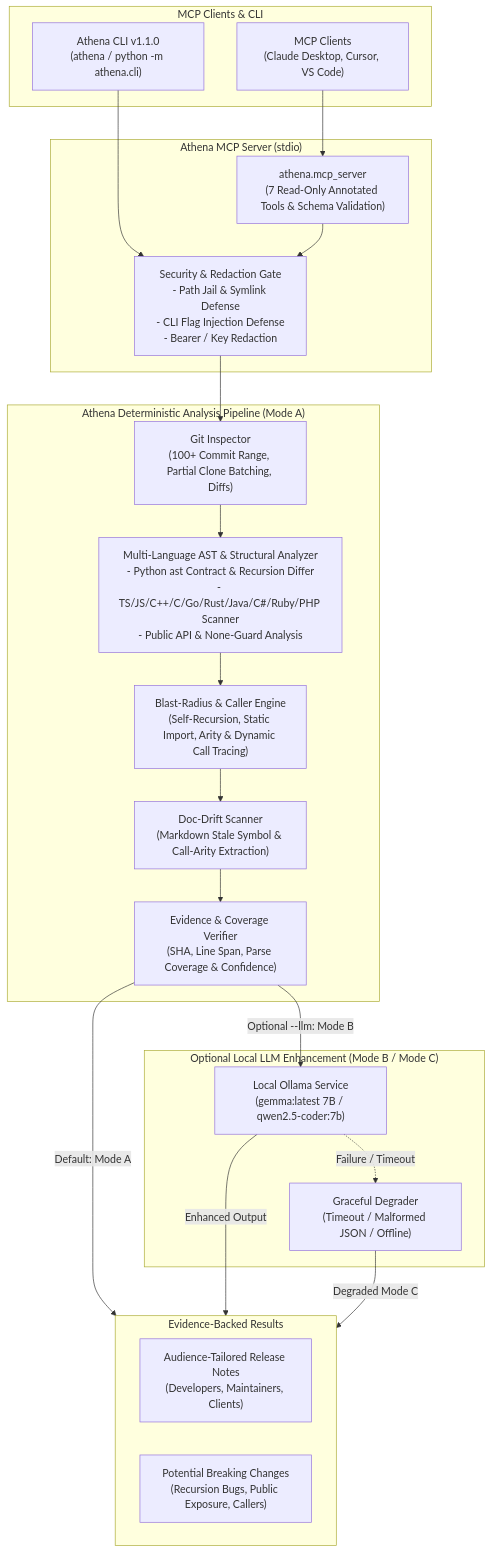
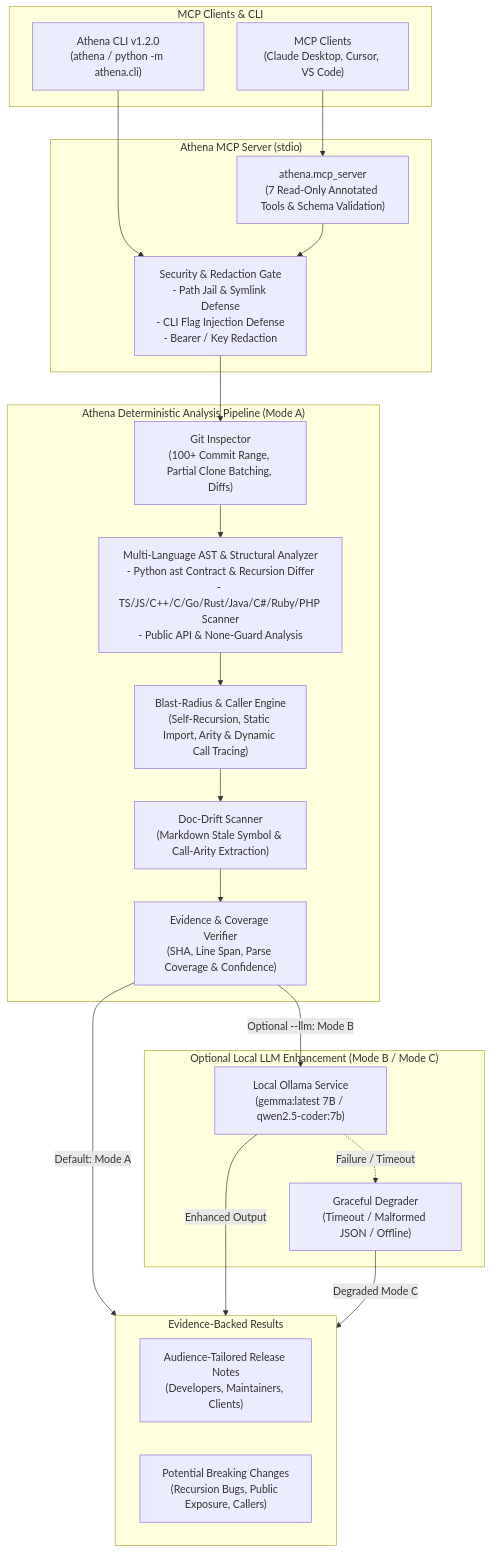
Before and after one commit to aaryanrwt/athena: the diagram in README.md, drawn with Mermaid. The commit also changed other lines of this file and 43 other files, not shown here.

````diff
--- a/README.md
+++ b/README.md
@@ -43,45 +113,45 @@
 ```mermaid
 flowchart TD
     subgraph Client["MCP Clients & CLI"]
-        CLI["Athena CLI v1.1.0\n(athena / python -m athena.cli)"]
+        CLI["Athena CLI v1.2.0\n(athena / python -m athena.cli)"]
         IDE["MCP Clients\n(Claude Desktop, Cursor, VS Code)"]
     end
 
     subgraph Server["Athena MCP Server (stdio)"]
         MCP["athena.mcp_server\n(7 Read-Only Annotated Tools & Schema Validation)"]
         SEC["Security & Redaction Gate\n- Path Jail & Symlink Defense\n- CLI Flag Injection Defense\n- Bearer / Key Redaction"]
     end
 
     subgraph Pipeline["Athena Deterministic Analysis Pipeline (Mode A)"]
         GIT["Git Inspector\n(100+ Commit Range, Partial Clone Batching, Diffs)"]
         AST["Multi-Language AST & Structural Analyzer\n- Python ast Contract & Recursion Differ\n- TS/JS/C++/C/Go/Rust/Java/C#/Ruby/PHP Scanner\n- Public API & None-Guard Analysis"]
         BLAST["Blast-Radius & Caller Engine\n(Self-Recursion, Static Import, Arity & Dynamic Call Tracing)"]
         DRIFT["Doc-Drift Scanner\n(Markdown Stale Symbol & Call-Arity Extraction)"]
         VERIFY["Evidence & Coverage Verifier\n(SHA, Line Span, Parse Coverage & Confidence)"]
     end
 
     subgraph OptionalAI["Optional Local LLM Enhancement (Mode B / Mode C)"]
         OLLAMA["Local Ollama Service\n(gemma:latest 7B / qwen2.5-coder:7b)"]
         FALLBACK["Graceful Degrader\n(Timeout / Malformed JSON / Offline)"]
     end
 
     subgraph Output["Evidence-Backed Results"]
         REPORT["Audience-Tailored Release Notes\n(Developers, Maintainers, Clients)"]
         BREAK["Potential Breaking Changes\n(Recursion Bugs, Public Exposure, Callers)"]
     end
 
     CLI --> SEC
     IDE --> MCP
     MCP --> SEC
     SEC --> GIT
     GIT --> AST
     AST --> BLAST
     BLAST --> DRIFT
     DRIFT --> VERIFY
 
     VERIFY -->|Default: Mode A| Output
     VERIFY -->|Optional --llm: Mode B| OLLAMA
     OLLAMA -->|Enhanced Output| Output
     OLLAMA -.->|Failure / Timeout| FALLBACK
     FALLBACK -->|Degraded Mode C| Output
 ```
````
